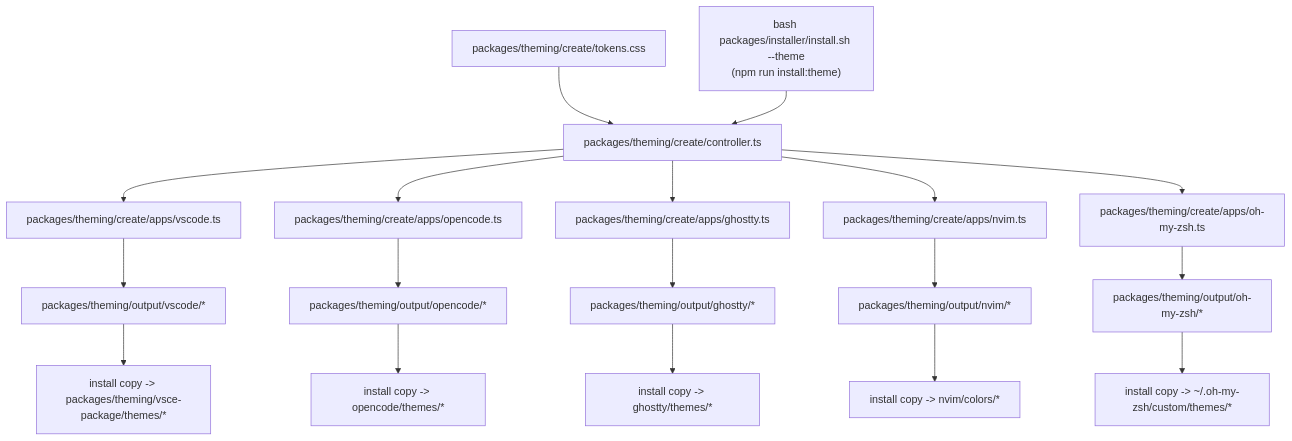
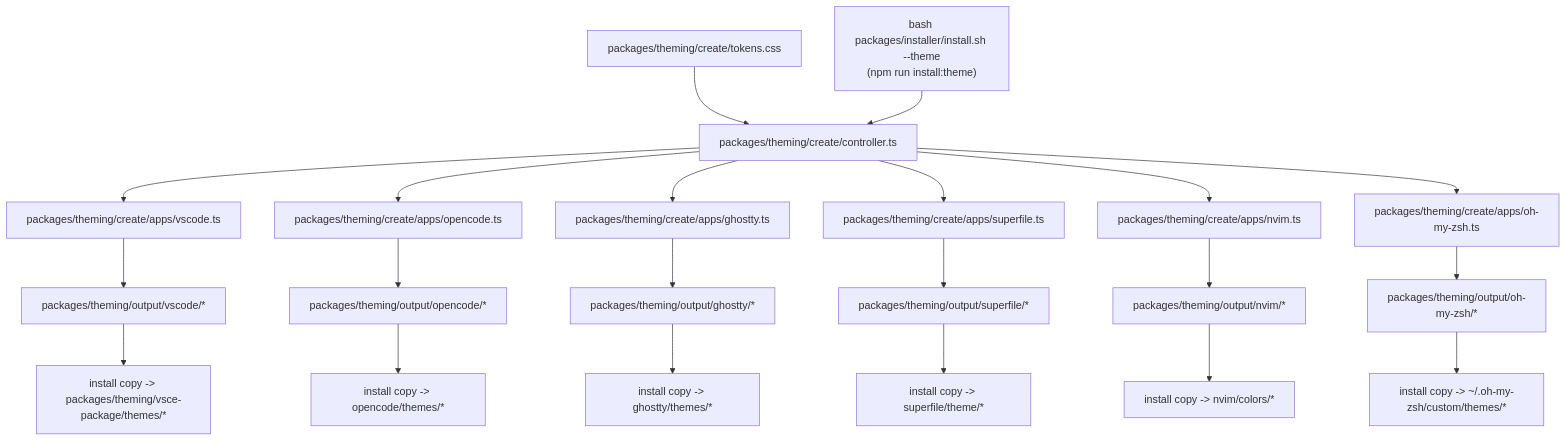
The diagram in packages/theming/create/README.md (g-moe/.dotfiles), drawn with Mermaid before and after one commit. The commit also changed 11 other files, not shown here.

Commit message:
apps: superfile

````diff
--- a/packages/theming/create/README.md
+++ b/packages/theming/create/README.md
@@ -3,23 +3,26 @@
 ```mermaid
 flowchart TD
   A["packages/theming/create/tokens.css"] --> B["packages/theming/create/controller.ts"]
   B --> C["packages/theming/create/apps/vscode.ts"]
   B --> D["packages/theming/create/apps/opencode.ts"]
   B --> E["packages/theming/create/apps/ghostty.ts"]
-  B --> F["packages/theming/create/apps/nvim.ts"]
-  B --> G["packages/theming/create/apps/oh-my-zsh.ts"]
+  B --> F["packages/theming/create/apps/superfile.ts"]
+  B --> G["packages/theming/create/apps/nvim.ts"]
+  B --> H["packages/theming/create/apps/oh-my-zsh.ts"]
 
-  C --> H["packages/theming/output/vscode/*"]
-  D --> I["packages/theming/output/opencode/*"]
-  E --> J["packages/theming/output/ghostty/*"]
-  F --> K["packages/theming/output/nvim/*"]
-  G --> L["packages/theming/output/oh-my-zsh/*"]
+  C --> I["packages/theming/output/vscode/*"]
+  D --> J["packages/theming/output/opencode/*"]
+  E --> K["packages/theming/output/ghostty/*"]
+  F --> L["packages/theming/output/superfile/*"]
+  G --> M["packages/theming/output/nvim/*"]
+  H --> N["packages/theming/output/oh-my-zsh/*"]
 
-  H --> M["install copy -> packages/theming/vsce-package/themes/*"]
-  I --> N["install copy -> opencode/themes/*"]
-  J --> O["install copy -> ghostty/themes/*"]
-  K --> P["install copy -> nvim/colors/*"]
-  L --> Q["install copy -> ~/.oh-my-zsh/custom/themes/*"]
+  I --> O["install copy -> packages/theming/vsce-package/themes/*"]
+  J --> P["install copy -> opencode/themes/*"]
+  K --> Q["install copy -> ghostty/themes/*"]
+  L --> R["install copy -> superfile/theme/*"]
+  M --> S["install copy -> nvim/colors/*"]
+  N --> T["install copy -> ~/.oh-my-zsh/custom/themes/*"]
 
-  R["bash packages/installer/install.sh --theme\n(npm run install:theme)"] --> B
+  U["bash packages/installer/install.sh --theme\n(npm run install:theme)"] --> B
 ```
````
